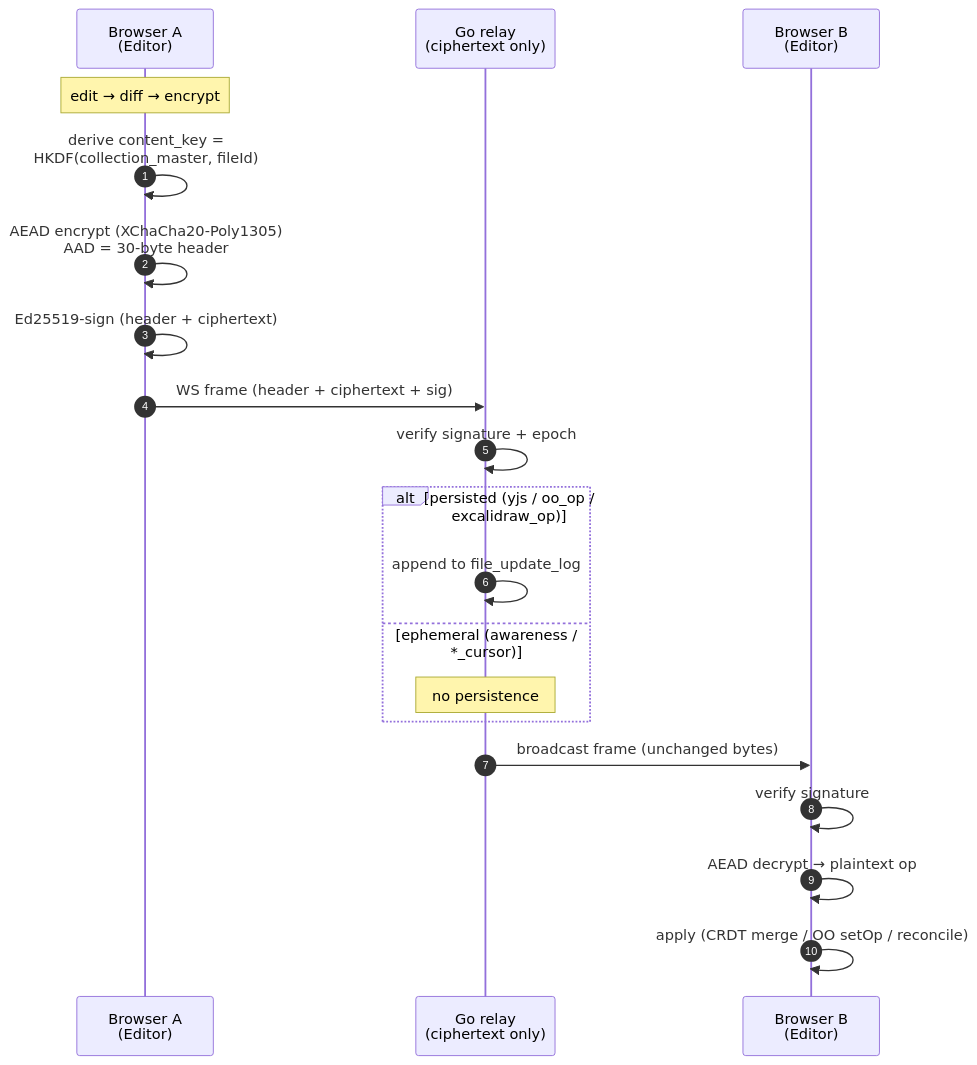
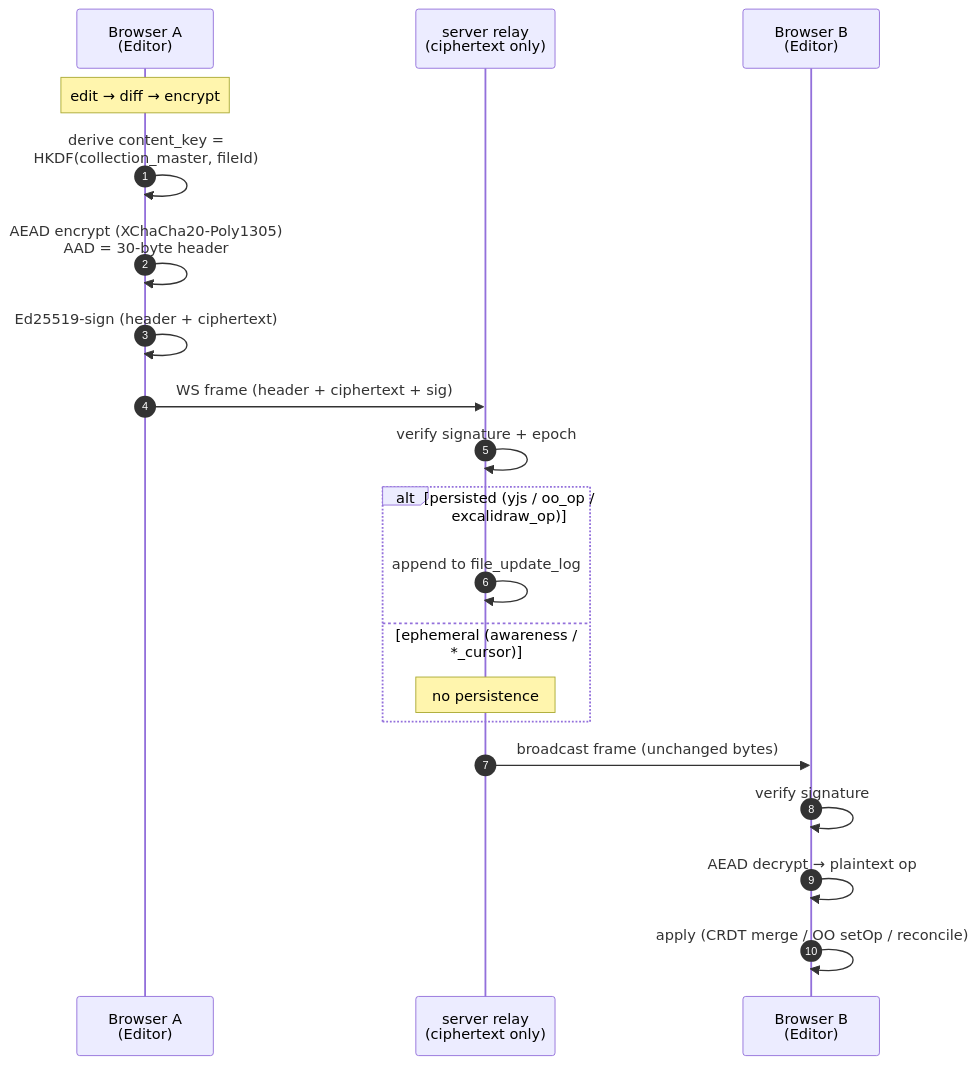
The third of 3 diagrams in docs/architecture.md (kutupbt/kutup), drawn with Mermaid before and after one commit. The commit also changed other lines of this file and 4 other files, not shown here.

````diff
--- a/docs/architecture.md
+++ b/docs/architecture.md
@@ -177,23 +177,23 @@
 ```mermaid
 sequenceDiagram
     autonumber
     participant A as Browser A<br/>(Editor)
-    participant R as Go relay<br/>(ciphertext only)
+    participant R as server relay<br/>(ciphertext only)
     participant B as Browser B<br/>(Editor)
 
     Note over A: edit → diff → encrypt
     A->>A: derive content_key =<br/>HKDF(collection_master, fileId)
     A->>A: AEAD encrypt (XChaCha20-Poly1305)<br/>AAD = 30-byte header
     A->>A: Ed25519-sign (header + ciphertext)
     A->>R: WS frame (header + ciphertext + sig)
     R->>R: verify signature + epoch
     alt persisted (yjs / oo_op / excalidraw_op)
         R->>R: append to file_update_log
     else ephemeral (awareness / *_cursor)
         Note over R: no persistence
     end
     R->>B: broadcast frame (unchanged bytes)
     B->>B: verify signature
     B->>B: AEAD decrypt → plaintext op
     B->>B: apply (CRDT merge / OO setOp / reconcile)
 ```
````
